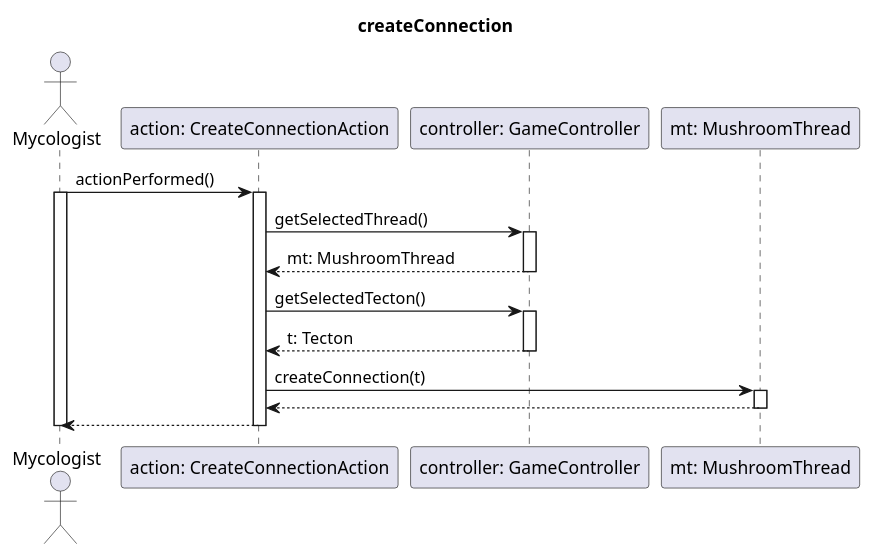
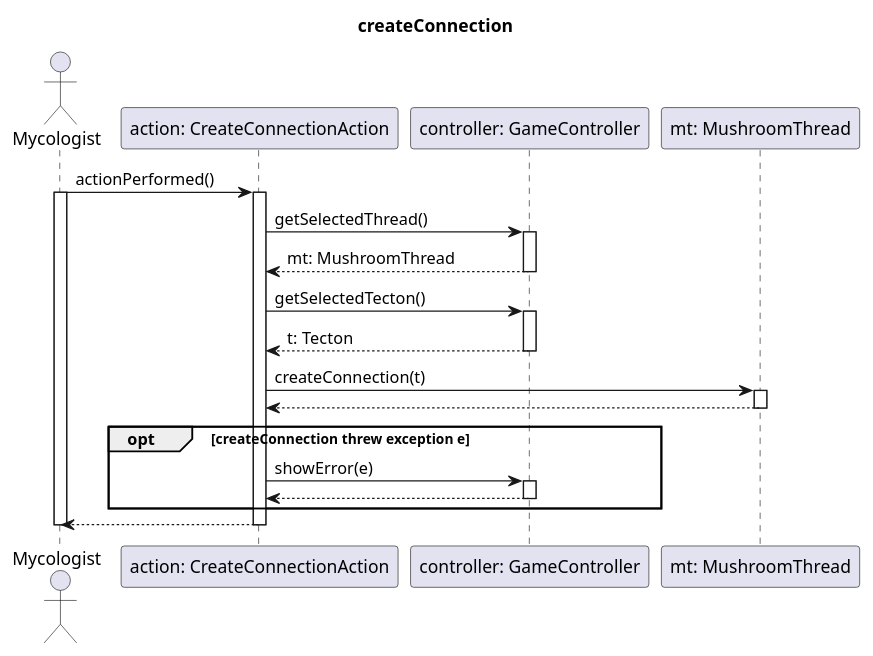
Before and after one commit to dzsem/projlab: the diagram in diagrams/mvc-sequence/createConnection.puml, drawn with PlantUML. The commit also changed 3 other files, not shown here.

```diff
--- a/diagrams/mvc-sequence/createConnection.puml
+++ b/diagrams/mvc-sequence/createConnection.puml
@@ -1,34 +1,42 @@
 @startuml createConnectionMVC
 
 title createConnection
 actor "Mycologist" as mc
 participant "action: CreateConnectionAction" as act
 participant "controller: GameController" as ctr
 participant "mt: MushroomThread" as mt
 
 mc -> act: actionPerformed()
 activate mc
 
 activate act
 
 act -> ctr: getSelectedThread()
 activate ctr
 act <-- ctr: mt: MushroomThread
 deactivate ctr
 act -> ctr:  getSelectedTecton()
 activate ctr
 act <-- ctr: t: Tecton
 deactivate ctr
 
 act -> mt: createConnection(t)
 activate mt
 
 act <-- mt
 deactivate mt
 
+opt createConnection threw exception e
+    act -> ctr: showError(e)
+    activate ctr
+
+    act <-- ctr
+    deactivate ctr
+end
+
 mc <-- act
 deactivate act
 
 deactivate mc
 
 @enduml
```
